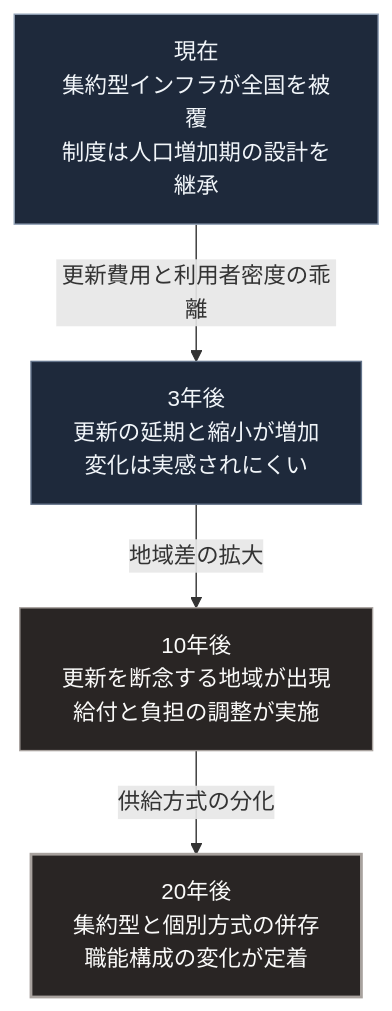
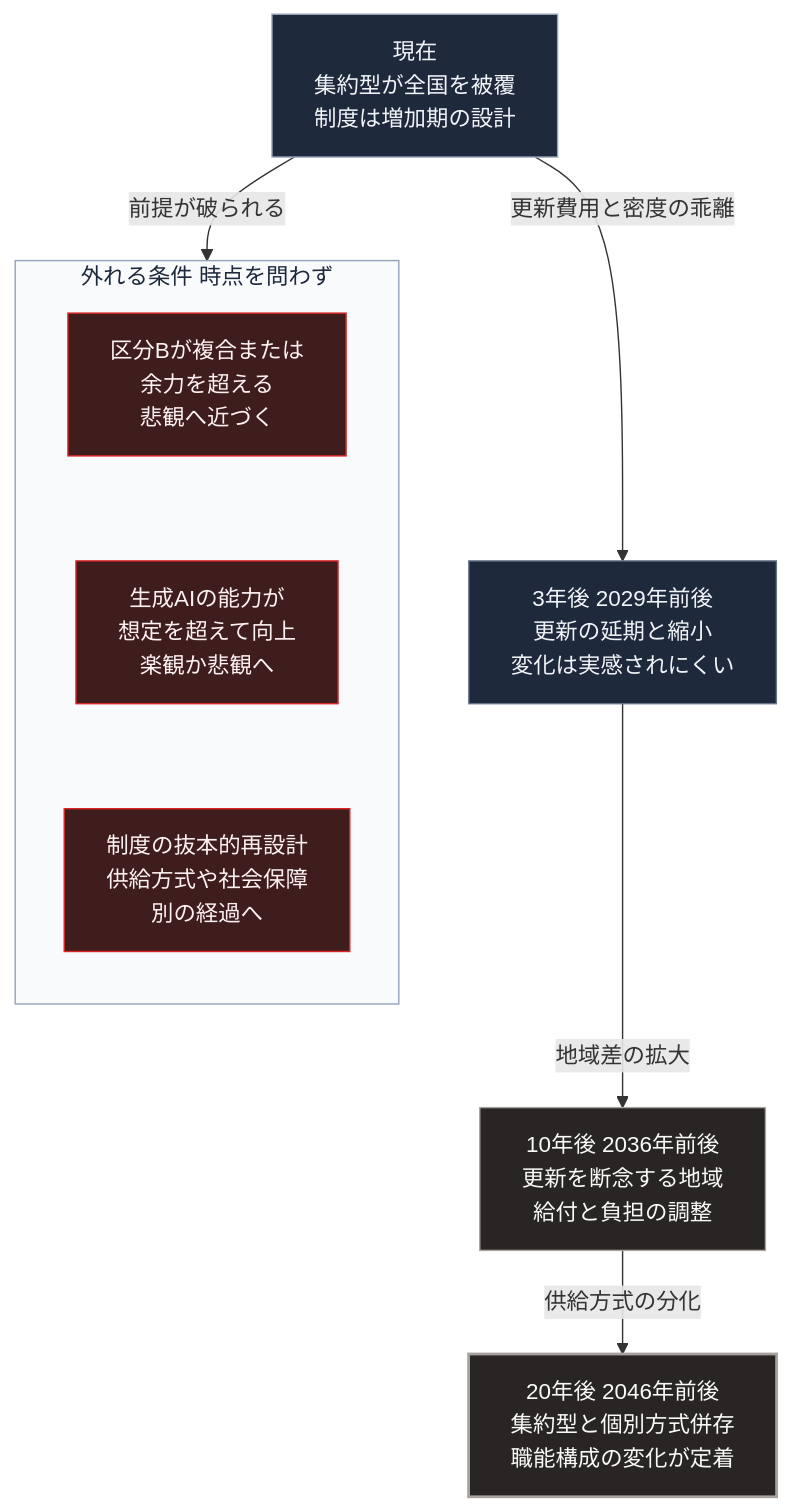
Before and after one commit to Takenori-Kusaka/zenn-content: the diagram in books/sovereign-resilience-blueprint/scenario-baseline.md, drawn with Mermaid. The commit also changed other lines of this file and 114 other files, not shown here.

````diff
--- a/books/sovereign-resilience-blueprint/scenario-baseline.md
+++ b/books/sovereign-resilience-blueprint/scenario-baseline.md
@@ -73,12 +73,22 @@
 ```mermaid
 flowchart TD
-    T0[現在<br>集約型インフラが全国を被覆<br>制度は人口増加期の設計を継承]
-    T0 -->|更新費用と利用者密度の乖離| T3[3年後<br>更新の延期と縮小が増加<br>変化は実感されにくい]
-    T3 -->|地域差の拡大| T10[10年後<br>更新を断念する地域が出現<br>給付と負担の調整が実施]
-    T10 -->|供給方式の分化| T20[20年後<br>集約型と個別方式の併存<br>職能構成の変化が定着]
+    T0[現在<br>集約型が全国を被覆<br>制度は増加期の設計]
+    T0 -->|更新費用と密度の乖離| T3[3年後 2029年前後<br>更新の延期と縮小<br>変化は実感されにくい]
+    T3 -->|地域差の拡大| T10[10年後 2036年前後<br>更新を断念する地域<br>給付と負担の調整]
+    T10 -->|供給方式の分化| T20[20年後 2046年前後<br>集約型と個別方式併存<br>職能構成の変化が定着]
+    subgraph G[外れる条件 時点を問わず]
+        direction TB
+        X1[区分Bが複合または<br>余力を超える<br>悲観へ近づく] ~~~ X2[生成AIの能力が<br>想定を超えて向上<br>楽観か悲観へ]
+        X2 ~~~ X3[制度の抜本的再設計<br>供給方式や社会保障<br>別の経過へ]
+    end
+    T0 -->|前提が破られる| G
 
     style T0 fill:#1e293b,stroke:#94a3b8,color:#f1f5f9
     style T3 fill:#1e293b,stroke:#64748b,color:#f1f5f9
     style T10 fill:#292524,stroke:#a8a29e,color:#fafaf9
     style T20 fill:#292524,stroke:#a8a29e,stroke-width:2px,color:#fafaf9
+    style G fill:#f8fafc,stroke:#94a3b8,color:#1e293b
+    style X1 fill:#3f1d1d,stroke:#dc2626,color:#fef2f2
+    style X2 fill:#3f1d1d,stroke:#dc2626,color:#fef2f2
+    style X3 fill:#3f1d1d,stroke:#dc2626,color:#fef2f2
 ```
````
